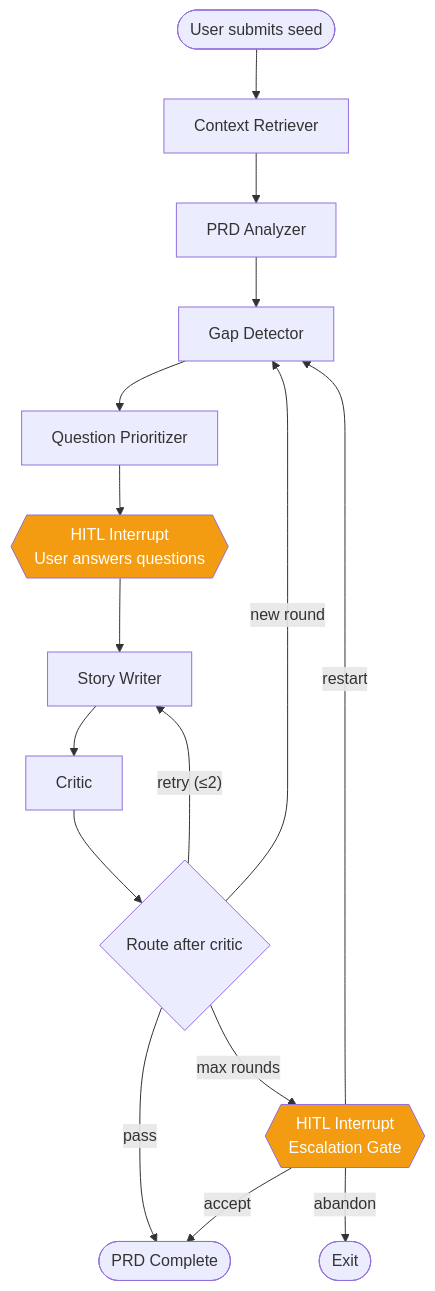
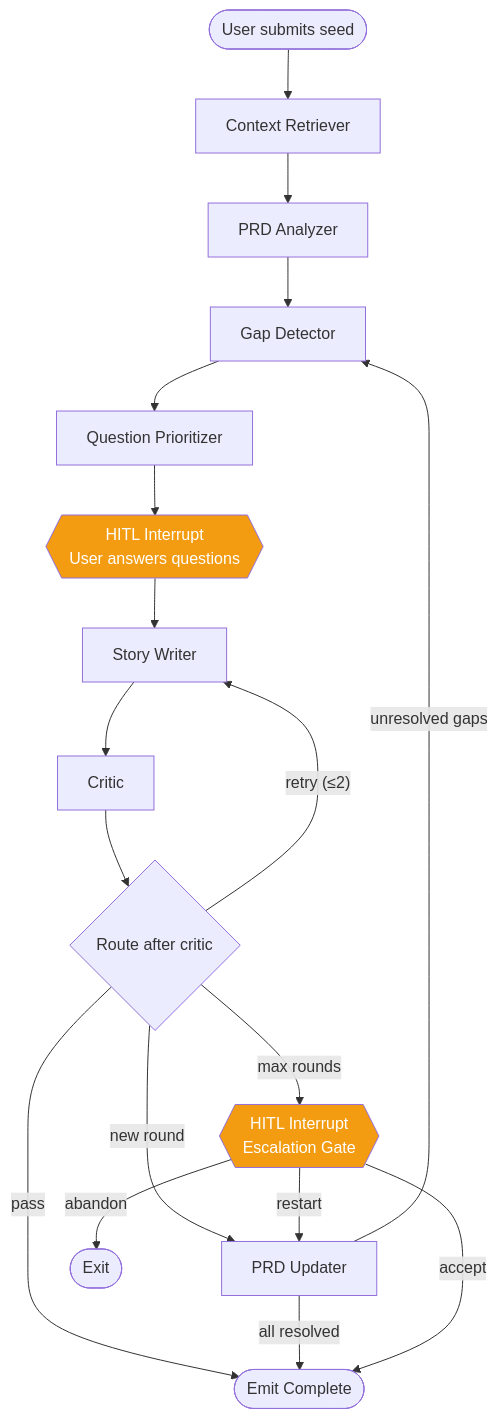
Before and after one commit to praveen-gottala/sdlc-agent-swarms: the diagram in docs/concepts/clarifier-pipeline.md, drawn with Mermaid. The commit also changed other lines of this file and 200 other files, not shown here.

````diff
--- a/docs/concepts/clarifier-pipeline.md
+++ b/docs/concepts/clarifier-pipeline.md
@@ -27,23 +13,26 @@
 ```mermaid
 graph TD
     START([User submits seed]) --> CR[Context Retriever]
     CR --> PA[PRD Analyzer]
     PA --> GD[Gap Detector]
     GD --> QP[Question Prioritizer]
     QP --> HITL1{{"HITL Interrupt<br/>User answers questions"}}
     HITL1 --> SW[Story Writer]
     SW --> CRITIC[Critic]
     CRITIC --> ROUTE{Route after critic}
 
     ROUTE -->|"retry (≤2)"| SW
-    ROUTE -->|new round| GD
+    ROUTE -->|new round| PU[PRD Updater]
     ROUTE -->|max rounds| ESC{{"HITL Interrupt<br/>Escalation Gate"}}
-    ROUTE -->|pass| DONE([PRD Complete])
+    ROUTE -->|pass| EC([Emit Complete])
 
-    ESC -->|accept| DONE
-    ESC -->|restart| GD
+    PU -->|unresolved gaps| GD
+    PU -->|all resolved| EC
+
+    ESC -->|accept| EC
+    ESC -->|restart| PU
     ESC -->|abandon| END1([Exit])
 
     style HITL1 fill:#F39C12,color:#fff
     style ESC fill:#F39C12,color:#fff
 ```
````
